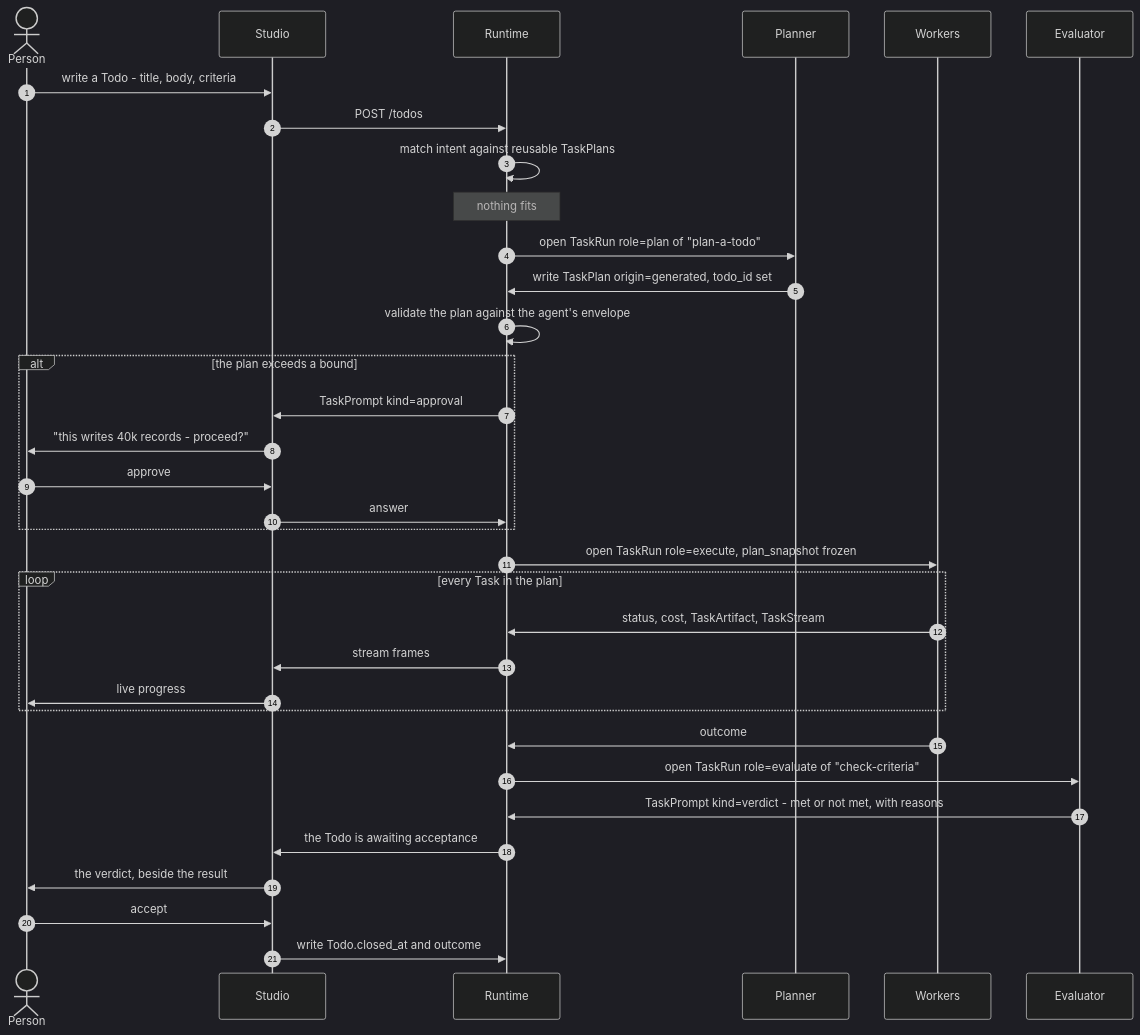
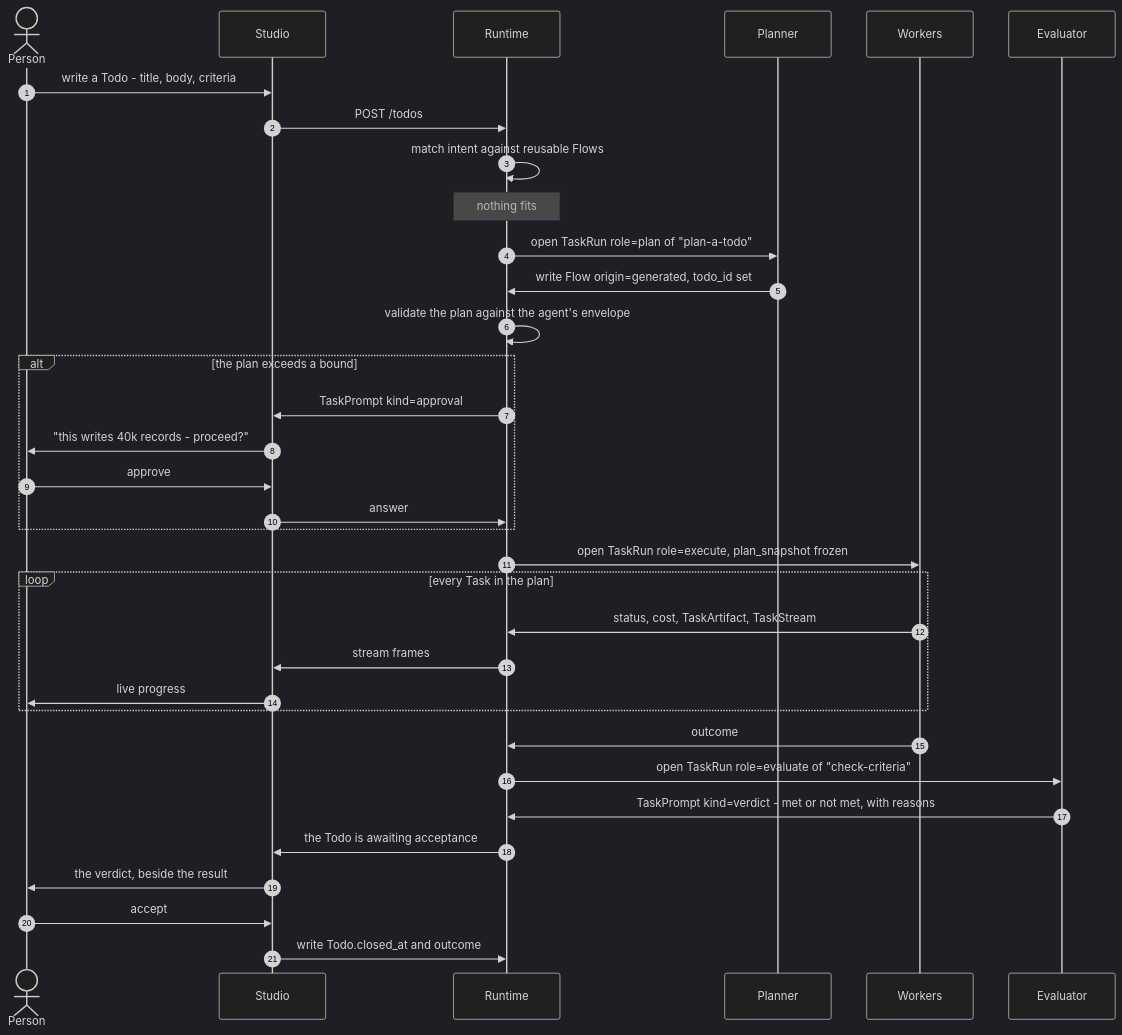
Before and after one commit to invana/invana: the second of 7 diagrams in docs/for-developers/orchestration.md, drawn with Mermaid (dark theme). The commit also changed other lines of this file and 568 other files, not shown here.

````diff
--- a/docs/for-developers/orchestration.md
+++ b/docs/for-developers/orchestration.md
@@ -356,41 +356,41 @@
 ```mermaid
 sequenceDiagram
     autonumber
     actor P as Person
     participant S as Studio
     participant R as Runtime
     participant PL as Planner
     participant W as Workers
     participant E as Evaluator
 
     P->>S: write a Todo - title, body, criteria
     S->>R: POST /todos
-    R->>R: match intent against reusable TaskPlans
+    R->>R: match intent against reusable Flows
     Note over R: nothing fits
 
     R->>PL: open TaskRun role=plan of "plan-a-todo"
-    PL->>R: write TaskPlan origin=generated, todo_id set
+    PL->>R: write Flow origin=generated, todo_id set
     R->>R: validate the plan against the agent's envelope
 
     alt the plan exceeds a bound
         R->>S: TaskPrompt kind=approval
         S->>P: "this writes 40k records - proceed?"
         P->>S: approve
         S->>R: answer
     end
 
     R->>W: open TaskRun role=execute, plan_snapshot frozen
     loop every Task in the plan
         W->>R: status, cost, TaskArtifact, TaskStream
         R->>S: stream frames
         S->>P: live progress
     end
     W->>R: outcome
 
     R->>E: open TaskRun role=evaluate of "check-criteria"
     E->>R: TaskPrompt kind=verdict - met or not met, with reasons
     R->>S: the Todo is awaiting acceptance
     S->>P: the verdict, beside the result
     P->>S: accept
     S->>R: write Todo.closed_at and outcome
 ```
````
